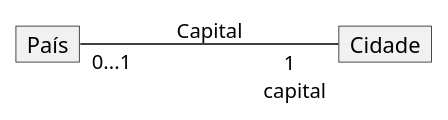
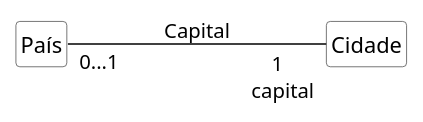
One commit to kyriosdata/oo changed the diagram in imagens/modelos-01/imagem-06/mod01ima06.plantuml. Above: the diagram before and after it, drawn with PlantUML. The commit also changed 5 other files, not shown here.

```diff
--- a/imagens/modelos-01/imagem-06/mod01ima06.plantuml
+++ b/imagens/modelos-01/imagem-06/mod01ima06.plantuml
@@ -1,18 +1,18 @@
 @startuml mod01ima06
 
 hide circle
 hide methods
 hide empty members
 
 skinparam class {
     BackgroundColor White
     ArrowColor Black
     BorderColor #505050
 }
 
 skinparam SequenceMessageAlignment true
-object "País" as pa
-object "Cidade" as ci
+class "País" as pa
+class "Cidade" as ci
 left to right direction
 pa"0...1"---"1 \n capital"ci: "Capital"
 @enduml
```
